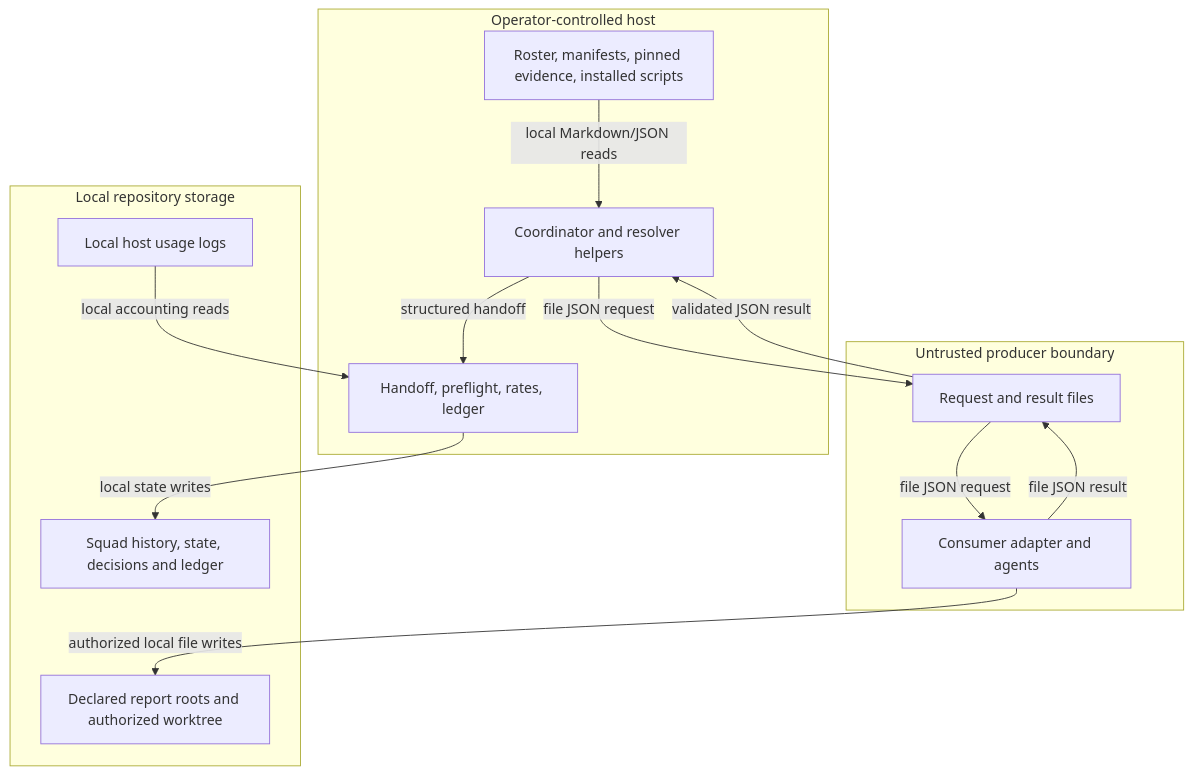
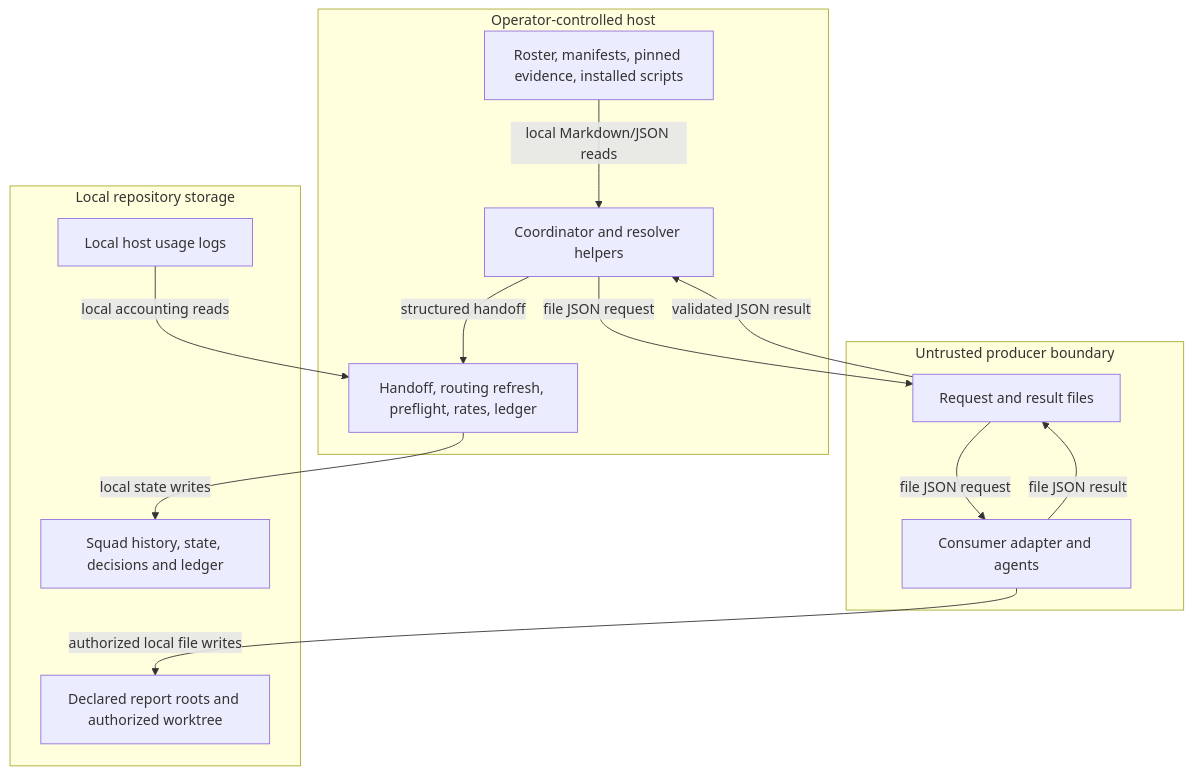
One commit to Peter-N91/hve-squad changed the diagram in squad-src/.github/skills/squad/SECURITY.md. Above: the diagram before and after it, drawn with Mermaid. The commit also changed other lines of this file and 116 other files, not shown here.

````diff
--- a/squad-src/.github/skills/squad/SECURITY.md
+++ b/squad-src/.github/skills/squad/SECURITY.md
@@ -82,26 +130,26 @@
 ```mermaid
 flowchart TD
   subgraph Operator["Operator-controlled host"]
     Config["Roster, manifests, pinned evidence, installed scripts"]
     Shell["Coordinator and resolver helpers"]
-    Scribe["Handoff, preflight, rates, ledger"]
+    Scribe["Handoff, routing refresh, preflight, rates, ledger"]
   end
   subgraph Exchange["Untrusted producer boundary"]
     Mailbox["Request and result files"]
     Endpoint["Consumer adapter and agents"]
   end
   subgraph Repository["Local repository storage"]
     Reports["Declared report roots and authorized worktree"]
     State["Squad history, state, decisions and ledger"]
     Usage["Local host usage logs"]
   end
   Config -->|"local Markdown/JSON reads"| Shell
   Shell -->|"file JSON request"| Mailbox
   Mailbox -->|"file JSON request"| Endpoint
   Endpoint -->|"file JSON result"| Mailbox
   Endpoint -->|"authorized local file writes"| Reports
   Mailbox -->|"validated JSON result"| Shell
   Shell -->|"structured handoff"| Scribe
   Usage -->|"local accounting reads"| Scribe
   Scribe -->|"local state writes"| State
 ```
````
